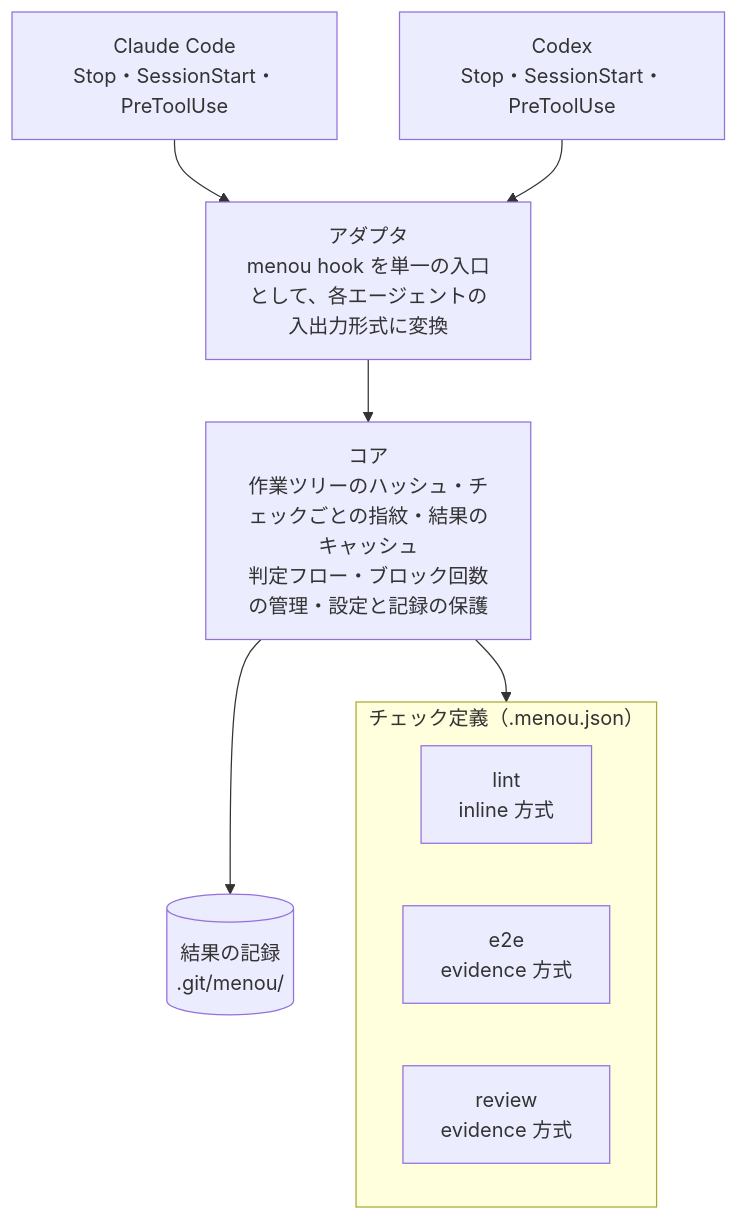
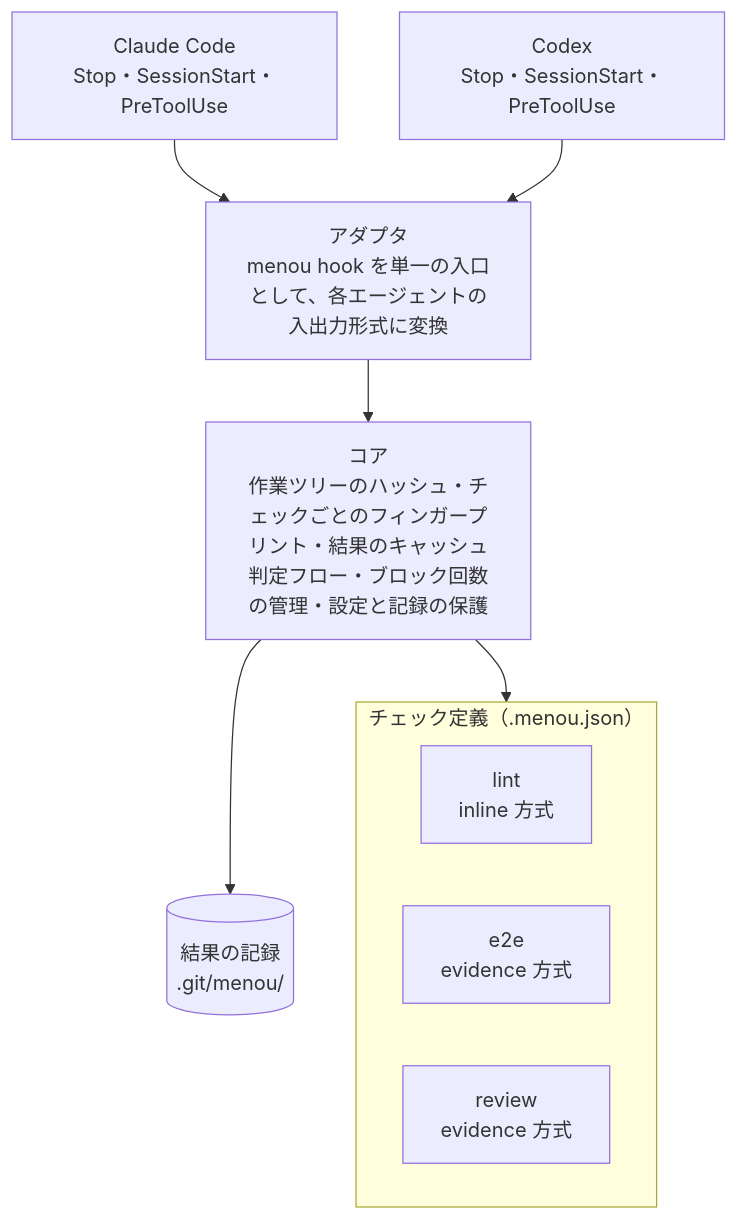
One commit to sena-m09/menou changed the diagram in docs/03-architecture.md. Above: the diagram before and after it, drawn with Mermaid. The commit also changed other lines of this file and 4 other files, not shown here.

````diff
--- a/docs/03-architecture.md
+++ b/docs/03-architecture.md
@@ -5,18 +5,18 @@
 ```mermaid
 flowchart TB
   CC["Claude Code<br/>Stop・SessionStart・PreToolUse"]
   CX["Codex<br/>Stop・SessionStart・PreToolUse"]
   AD["アダプタ<br/>menou hook を単一の入口として、各エージェントの入出力形式に変換"]
-  CO["コア<br/>作業ツリーのハッシュ・チェックごとの指紋・結果のキャッシュ<br/>判定フロー・ブロック回数の管理・設定と記録の保護"]
+  CO["コア<br/>作業ツリーのハッシュ・チェックごとのフィンガープリント・結果のキャッシュ<br/>判定フロー・ブロック回数の管理・設定と記録の保護"]
   ST[("結果の記録<br/>.git/menou/")]
   subgraph CH["チェック定義（.menou.json）"]
     L["lint<br/>inline 方式"]
     E["e2e<br/>evidence 方式"]
     R["review<br/>evidence 方式"]
   end
   CC --> AD
   CX --> AD
   AD --> CO
   CO --> ST
   CO --> CH
 ```
````
